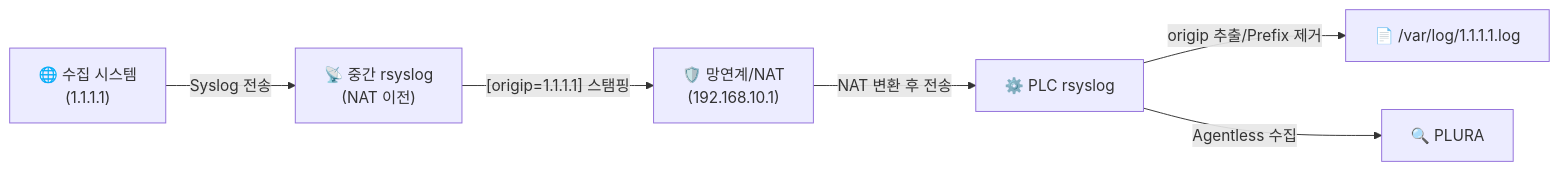
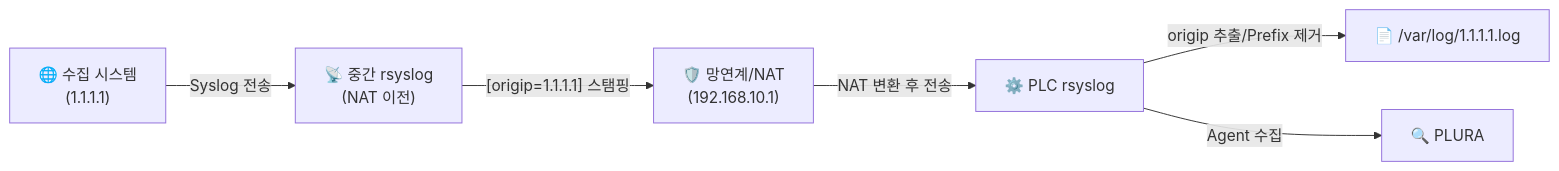
Before and after one commit to QubitSecurity/rsyslog.d: the first of 2 diagrams in v8-stable/rsyslog-origip-routing/README.md, drawn with Mermaid.

````diff
--- a/v8-stable/rsyslog-origip-routing/README.md
+++ b/v8-stable/rsyslog-origip-routing/README.md
@@ -65,15 +65,15 @@
 ```mermaid
 flowchart LR
     A["🌐 수집 시스템<br/>(1.1.1.1)"] 
     B["📡 중간 rsyslog<br/>(NAT 이전)"]
     C["🛡️ 망연계/NAT<br/>(192.168.10.1)"]
     D["⚙️ PLC rsyslog"]
     E["📄 /var/log/1.1.1.1.log"]
     F["🔍 PLURA"]
 
     A -->|Syslog 전송| B
     B -->|"[origip=1.1.1.1] 스탬핑"| C
     C -->|NAT 변환 후 전송| D
     D -->|origip 추출/Prefix 제거| E
-    D -->|Agentless 수집| F
+    D -->|Agent 수집| F
 ```
````
